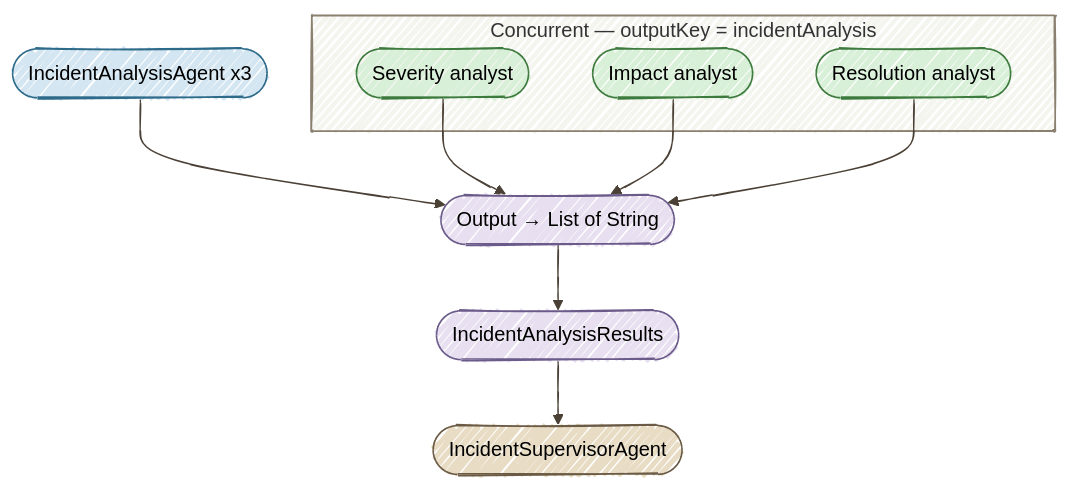
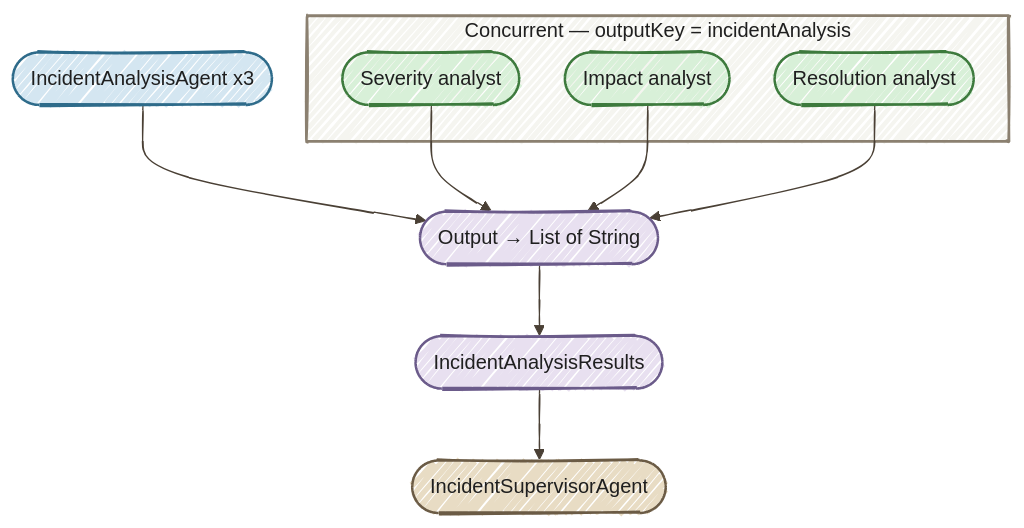
The diagram in docs/03-parallel-workflow/START_HERE.md (danieloh30/techxchange-2026-quarkus-bob-lab), drawn with Mermaid before and after one commit. The commit also changed 7 other files, not shown here.

Commit message:
Improve hand-drawn Mermaid readability in light and dark modes

````diff
--- a/docs/03-parallel-workflow/START_HERE.md
+++ b/docs/03-parallel-workflow/START_HERE.md
@@ -28,29 +28,29 @@
 ```mermaid
-%%{init: {'look':'handDrawn','theme':'neutral','themeVariables': {'lineColor':'#4A4035'}}}%%
+%%{init: {'look':'handDrawn','theme':'base','themeVariables': {'darkMode':false,'background':'#FFFCF5','primaryTextColor':'#1F1F1F','secondaryTextColor':'#1F1F1F','tertiaryTextColor':'#1F1F1F','textColor':'#1F1F1F','lineColor':'#4A4035','edgeLabelBackground':'#FFFCF5','clusterBkg':'#F5F5F0','clusterBorder':'#6B5B45','fontSize':'16px'},'flowchart': {'nodeSpacing':35,'rankSpacing':55,'padding':18}}}%%
 flowchart TD
     A([IncidentAnalysisAgent x3])
     B([Output → List of String])
     C([IncidentAnalysisResults])
     D([IncidentSupervisorAgent])
 
     A --> B --> C --> D
 
     subgraph parallel["Concurrent — outputKey = incidentAnalysis"]
         A1([Severity analyst])
         A2([Impact analyst])
         A3([Resolution analyst])
     end
 
     A1 --> B
     A2 --> B
     A3 --> B
 
-    style A fill:#D4E6F1,stroke:#2E6B8A
-    style B fill:#E8E0F0,stroke:#6B5B8A
-    style C fill:#E8E0F0,stroke:#6B5B8A
-    style D fill:#E8DCC4,stroke:#6B5B45
-    style A1 fill:#D8F0D8,stroke:#3D7A3D
-    style A2 fill:#D8F0D8,stroke:#3D7A3D
-    style A3 fill:#D8F0D8,stroke:#3D7A3D
-    style parallel fill:#F5F5F0,stroke:#8B8070
+    style A fill:#D4E6F1,stroke:#2E6B8A,color:#1F1F1F,stroke-width:2px
+    style B fill:#E8E0F0,stroke:#6B5B8A,color:#1F1F1F,stroke-width:2px
+    style C fill:#E8E0F0,stroke:#6B5B8A,color:#1F1F1F,stroke-width:2px
+    style D fill:#E8DCC4,stroke:#6B5B45,color:#1F1F1F,stroke-width:2px
+    style A1 fill:#D8F0D8,stroke:#3D7A3D,color:#1F1F1F,stroke-width:2px
+    style A2 fill:#D8F0D8,stroke:#3D7A3D,color:#1F1F1F,stroke-width:2px
+    style A3 fill:#D8F0D8,stroke:#3D7A3D,color:#1F1F1F,stroke-width:2px
+    style parallel fill:#F5F5F0,stroke:#8B8070,color:#1F1F1F,stroke-width:2px
 ```
````
